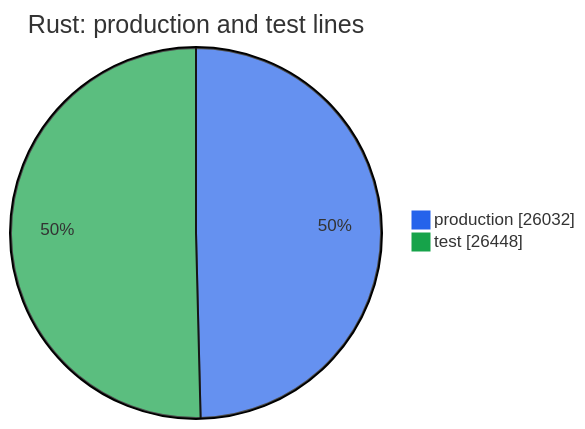
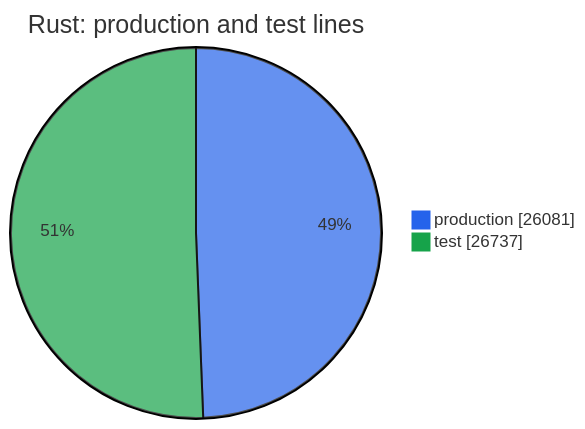
The second of 2 diagrams in metrics.md (thomascherickal/ferrum-gpu), drawn with Mermaid before and after one commit. The commit also changed other lines of this file and 50 other files, not shown here.

````diff
--- a/metrics.md
+++ b/metrics.md
@@ -35,6 +35,6 @@
 ```mermaid
 %%{init: {"theme": "base", "themeVariables": {"pie1": "#2563eb", "pie2": "#16a34a", "pie3": "#d97706", "pie4": "#db2777", "pie5": "#7c3aed", "pie6": "#0891b2", "pie7": "#65a30d", "pie8": "#dc2626"}}}%%
 pie showData title Rust: production and test lines
-    "production" : 26032
-    "test" : 26448
+    "production" : 26081
+    "test" : 26737
 ```
````
